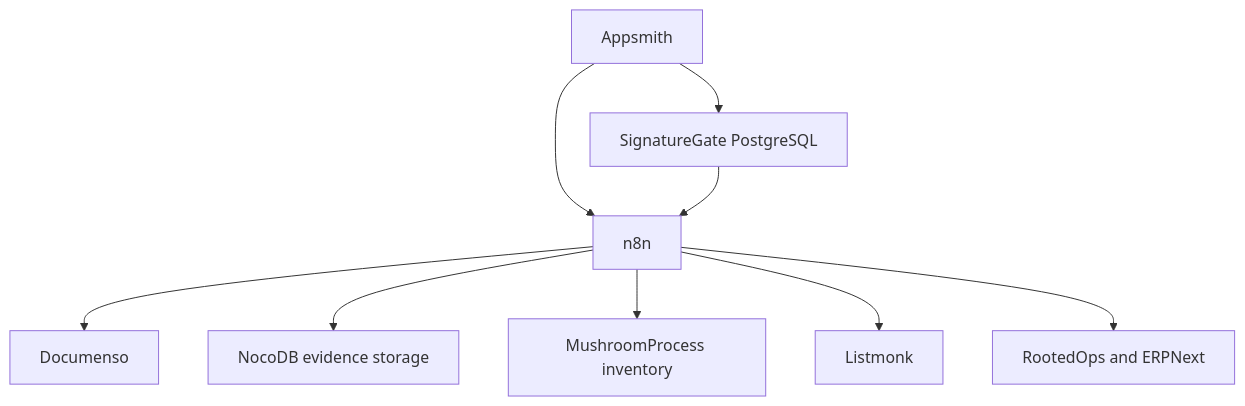
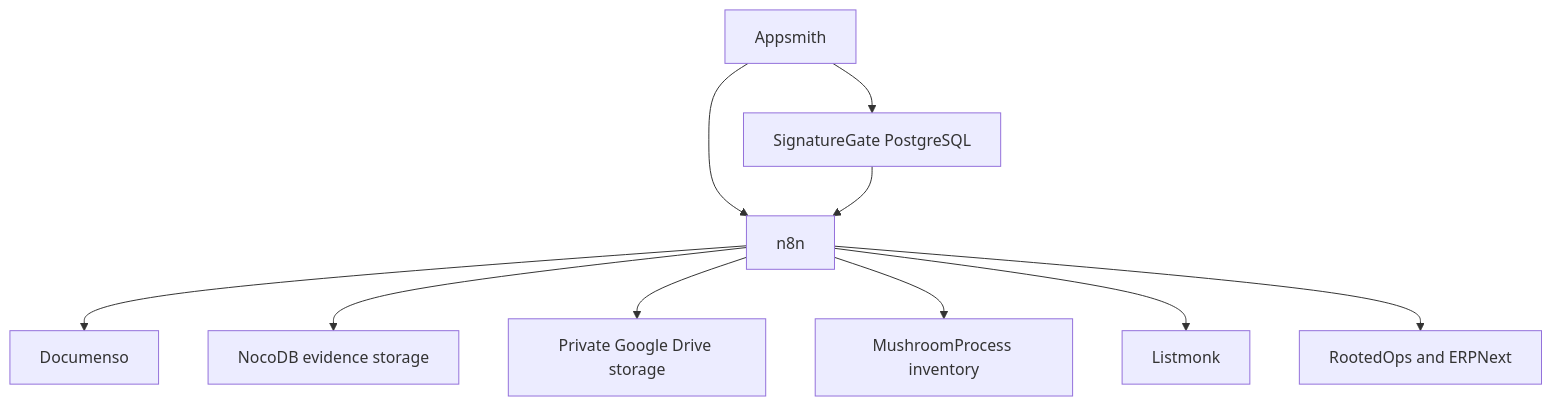
One commit to RayzorDuff/SignatureGate changed the diagram in docs/ARCHITECTURE.md. Above: the diagram before and after it, drawn with Mermaid. The commit also changed other lines of this file and 20 other files, not shown here.

Commit message:
Document Drive storage rollout, preserved Header Auth and verified file JSON transport

````diff
--- a/docs/ARCHITECTURE.md
+++ b/docs/ARCHITECTURE.md
@@ -13,11 +13,12 @@
 ```mermaid
 flowchart TD
   A[Appsmith] --> P[SignatureGate PostgreSQL]
   A --> N[n8n]
   P --> N
   N --> D[Documenso]
   N --> F[NocoDB evidence storage]
+  N --> G[Private Google Drive storage]
   N --> M[MushroomProcess inventory]
   N --> L[Listmonk]
   N --> E[RootedOps and ERPNext]
 ```
````
